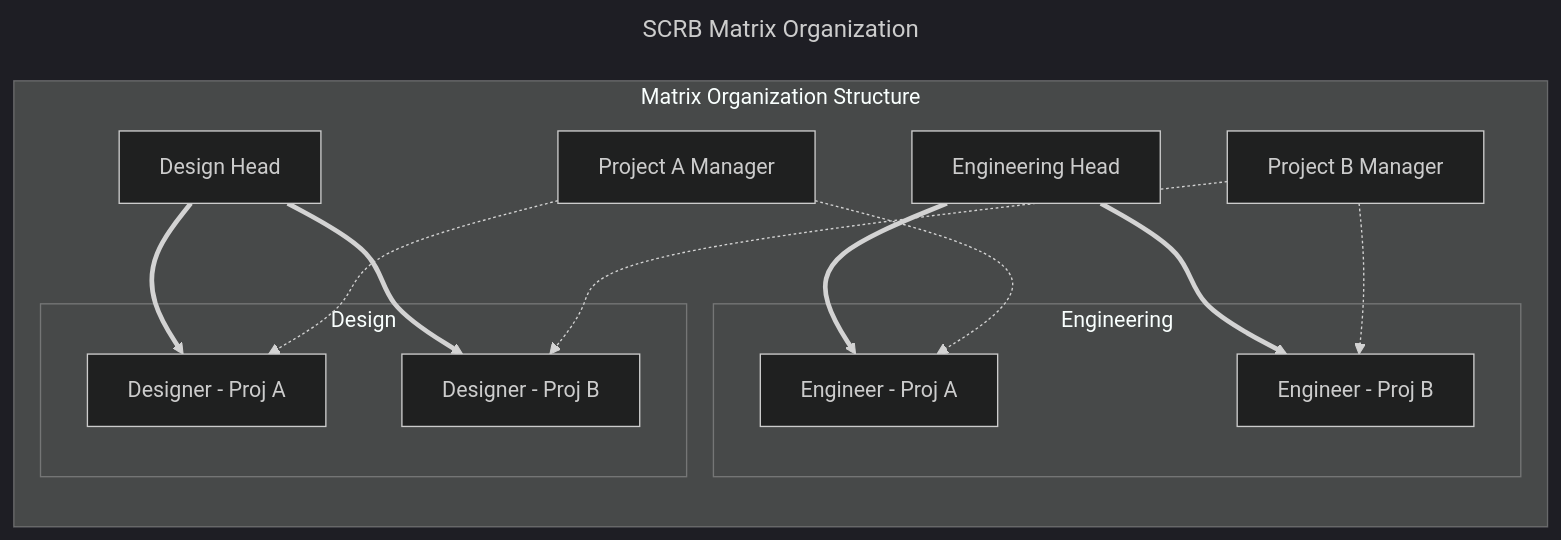
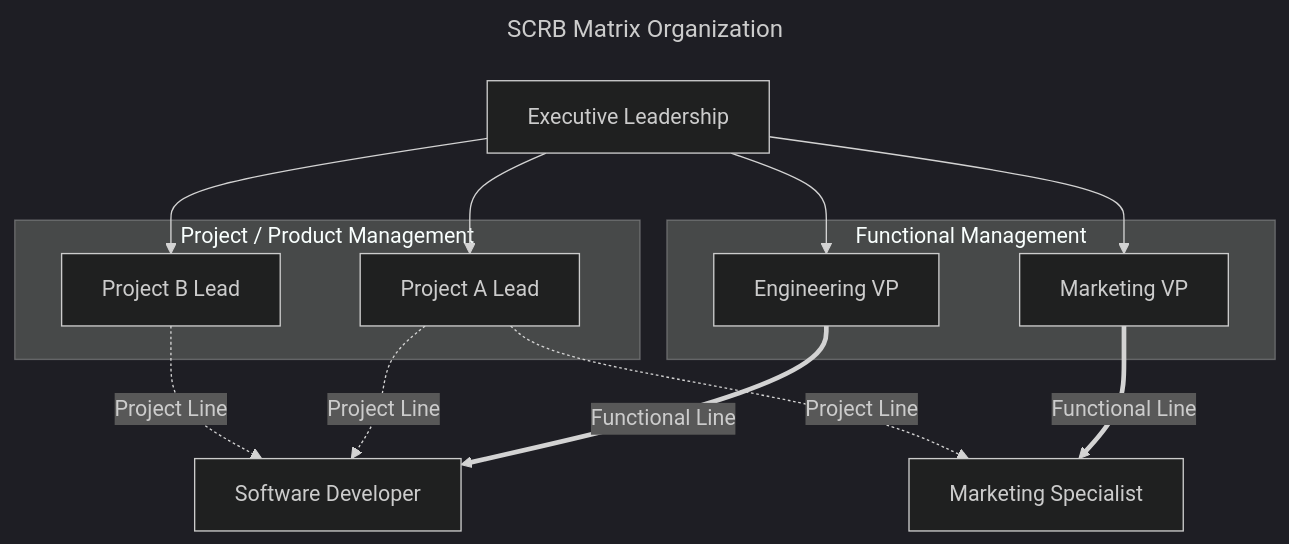
Before and after one commit to FooGiGo-Org/.github: the diagram in README.md, drawn with Mermaid (dark theme).

Commit message:
Update Mermaid diagram for organizational structure

````diff
--- a/README.md
+++ b/README.md
@@ -1,36 +1,39 @@
 ```mermaid
 ---
 title: SCRB Matrix Organization
 ---
-graph LR
-    subgraph Matrix [Matrix Organization Structure]
-        direction TB
+graph TD
+    %% Executive Level
+    CEO[Executive Leadership]
 
-        %% Columns / Functions
-        subgraph Col1 [Engineering]
-            Dev1[Engineer - Proj A]
-            Dev2[Engineer - Proj B]
-        end
+    %% Functional Managers
+    subgraph Functional_Leadership [Functional Management]
+        FM_Eng[Engineering VP]
+        FM_Mkt[Marketing VP]
+    end
 
-        subgraph Col2 [Design]
-            Des1[Designer - Proj A]
-            Des2[Designer - Proj B]
-        end
+    %% Project / Product Managers
+    subgraph Project_Leadership [Project / Product Management]
+        PM_A[Project A Lead]
+        PM_B[Project B Lead]
+    end
 
-        %% Project Rows (Visual Grouping)
-        PM_A[Project A Manager]
-        PM_B[Project B Manager]
+    %% Matrix Staff Units
+    Dev1[Software Developer]
+    Mkt1[Marketing Specialist]
 
-        %% Functional Reporting
-        FM_Eng[Engineering Head] ==> Dev1
-        FM_Eng ==> Dev2
-        FM_Des[Design Head] ==> Des1
-        FM_Des ==> Des2
+    %% Hierarchical Connections
+    CEO --> FM_Eng
+    CEO --> FM_Mkt
+    CEO --> PM_A
+    CEO --> PM_B
 
-        %% Project Reporting
-        PM_A -.-> Dev1
-        PM_A -.-> Des1
-        PM_B -.-> Dev2
-        PM_B -.-> Des2
-    end
+    %% Functional Reporting (Solid Lines)
+    FM_Eng ==>|Functional Line| Dev1
+    FM_Mkt ==>|Functional Line| Mkt1
+
+    %% Project / Cross-Functional Reporting (Dashed Lines)
+    PM_A -.->|Project Line| Dev1
+    PM_A -.->|Project Line| Mkt1
+    PM_B -.->|Project Line| Dev1
 ```
````
